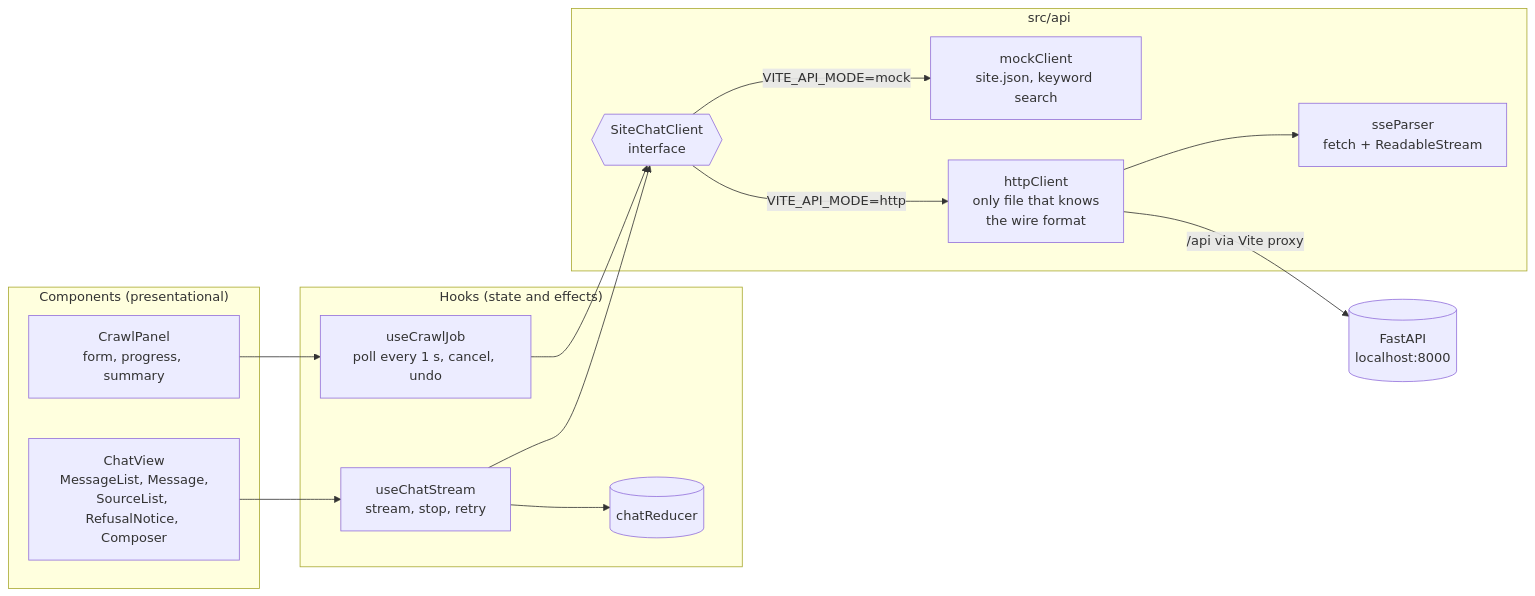
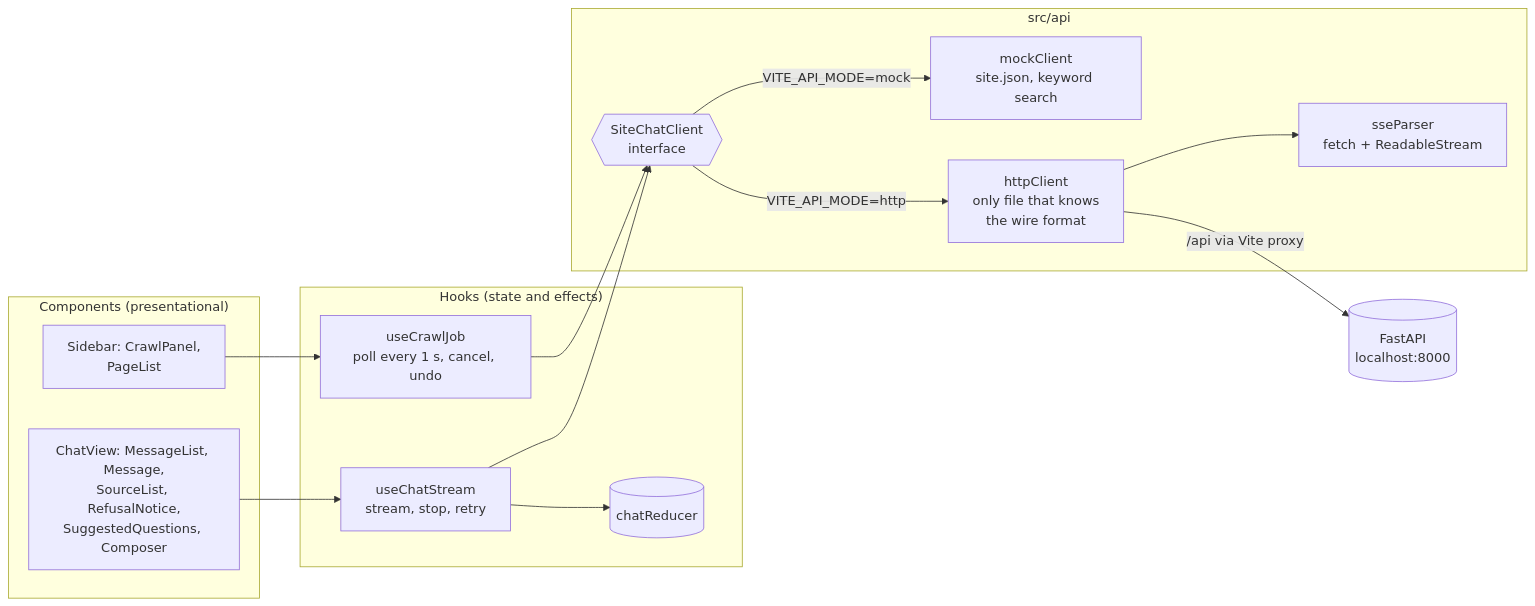
One commit to arham2129/sitechat-react changed the diagram in README.md. Above: the diagram before and after it, drawn with Mermaid. The commit also changed other lines of this file and 45 other files, not shown here.

First line of the commit message:
feat: redesign as an app shell with live page list and suggestions

````diff
--- a/README.md
+++ b/README.md
@@ -40,26 +40,26 @@
 ```mermaid
 flowchart LR
   subgraph UI["Components (presentational)"]
-    CP[CrawlPanel<br/>form, progress, summary]
-    CV[ChatView<br/>MessageList, Message,<br/>SourceList, RefusalNotice, Composer]
+    CP[Sidebar: CrawlPanel,<br/>PageList]
+    CV[ChatView: MessageList, Message,<br/>SourceList, RefusalNotice,<br/>SuggestedQuestions, Composer]
   end
   subgraph State["Hooks (state and effects)"]
     CJ[useCrawlJob<br/>poll every 1 s, cancel, undo]
     CS[useChatStream<br/>stream, stop, retry]
     R[(chatReducer)]
   end
   subgraph API["src/api"]
     I{{SiteChatClient<br/>interface}}
     M[mockClient<br/>site.json, keyword search]
     H[httpClient<br/>only file that knows<br/>the wire format]
     P[sseParser<br/>fetch + ReadableStream]
   end
   CP --> CJ
   CV --> CS --> R
   CJ --> I
   CS --> I
   I -- "VITE_API_MODE=mock" --> M
   I -- "VITE_API_MODE=http" --> H
   H --> P
   H -- "/api via Vite proxy" --> B[(FastAPI<br/>localhost:8000)]
 ```
````
